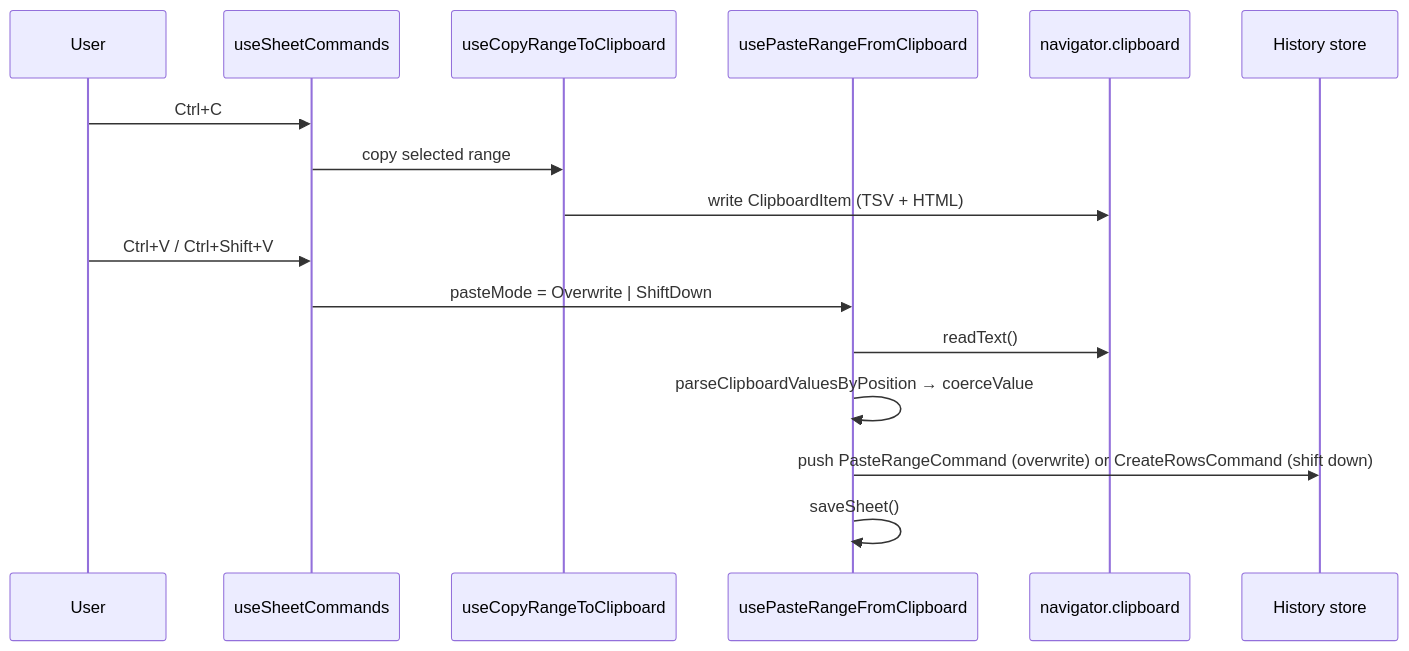
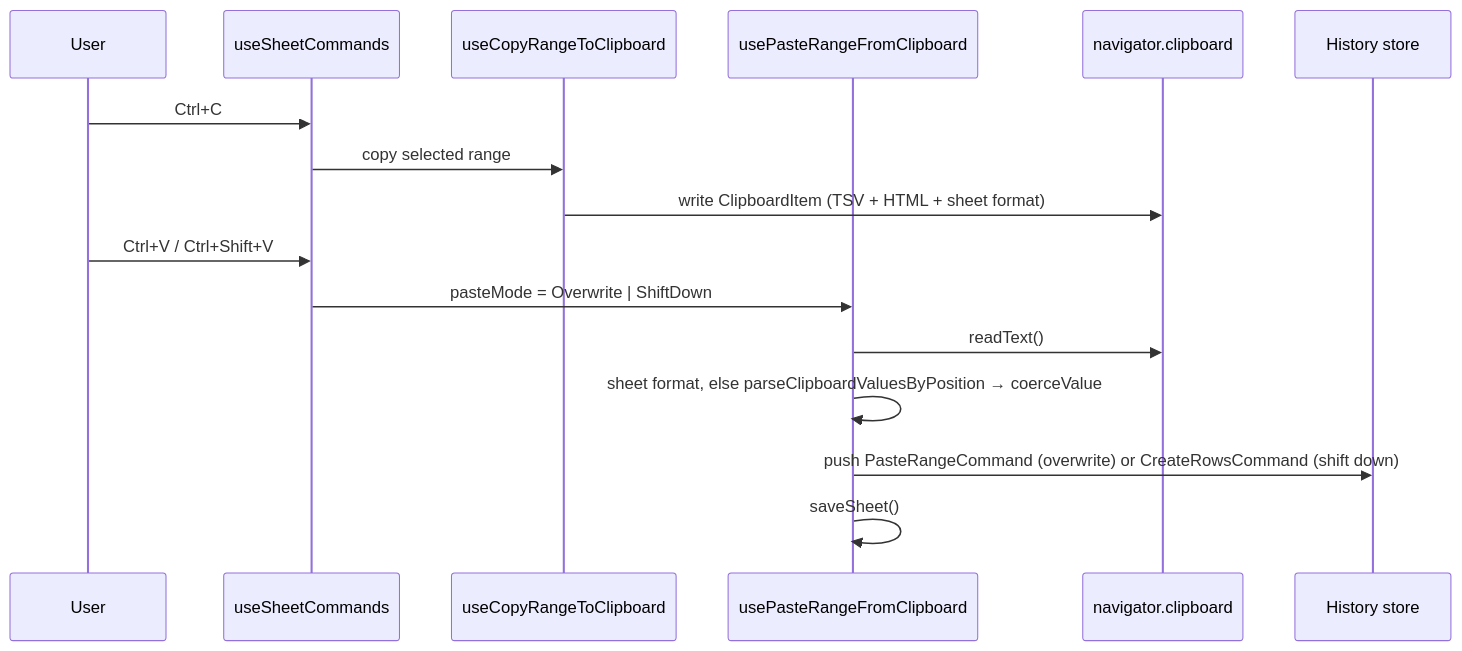
The diagram in openspec/specs/resource/sheet/clipboard/design.md (Esposter/Esposter), drawn with Mermaid before and after one commit. The commit also changed other lines of this file and 10 other files, not shown here.

````diff
--- a/openspec/specs/resource/sheet/clipboard/design.md
+++ b/openspec/specs/resource/sheet/clipboard/design.md
@@ -22,19 +22,19 @@
 ```mermaid
 sequenceDiagram
   participant U as User
   participant T as useSheetCommands
   participant CP as useCopyRangeToClipboard
   participant PP as usePasteRangeFromClipboard
   participant CB as navigator.clipboard
   participant H as History store
 
   U->>T: Ctrl+C
   T->>CP: copy selected range
-  CP->>CB: write ClipboardItem (TSV + HTML)
+  CP->>CB: write ClipboardItem (TSV + HTML + sheet format)
   U->>T: Ctrl+V / Ctrl+Shift+V
   T->>PP: pasteMode = Overwrite | ShiftDown
   PP->>CB: readText()
-  PP->>PP: parseClipboardValuesByPosition → coerceValue
+  PP->>PP: sheet format, else parseClipboardValuesByPosition → coerceValue
   PP->>H: push PasteRangeCommand (overwrite) or CreateRowsCommand (shift down)
   PP->>PP: saveSheet()
 ```
````
